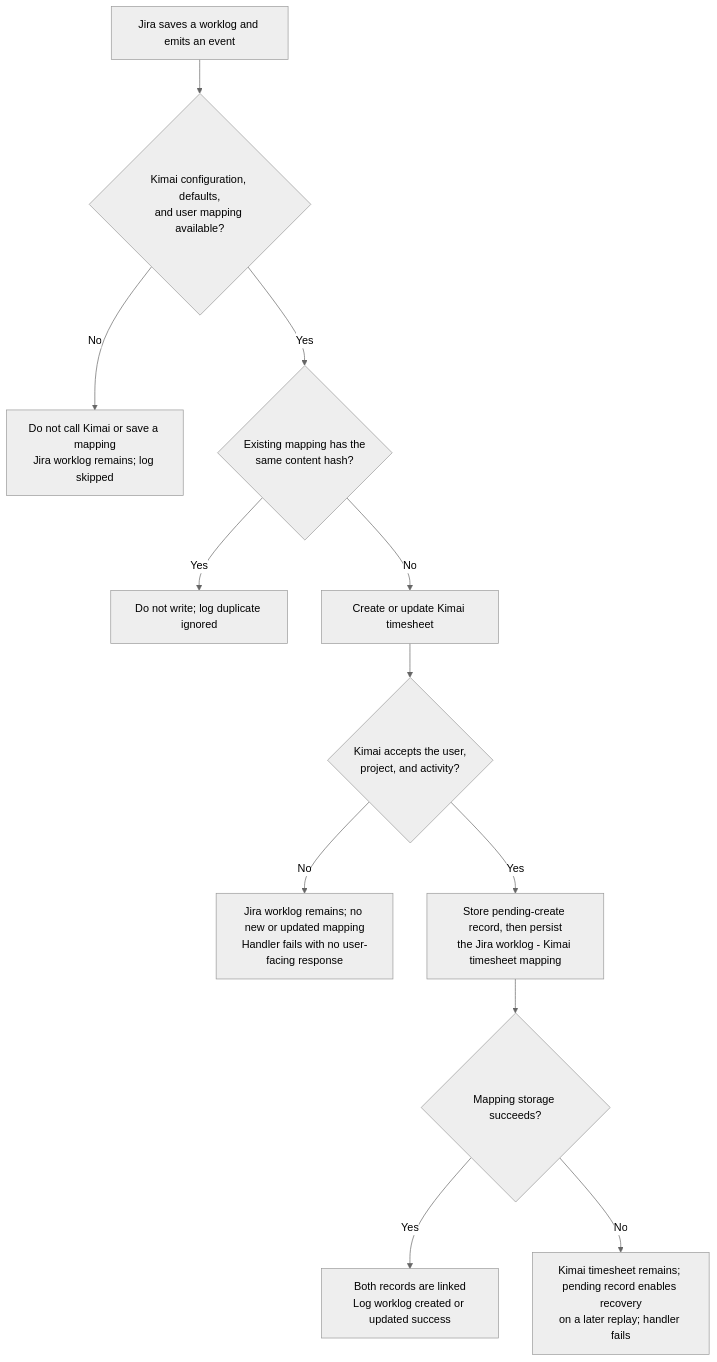
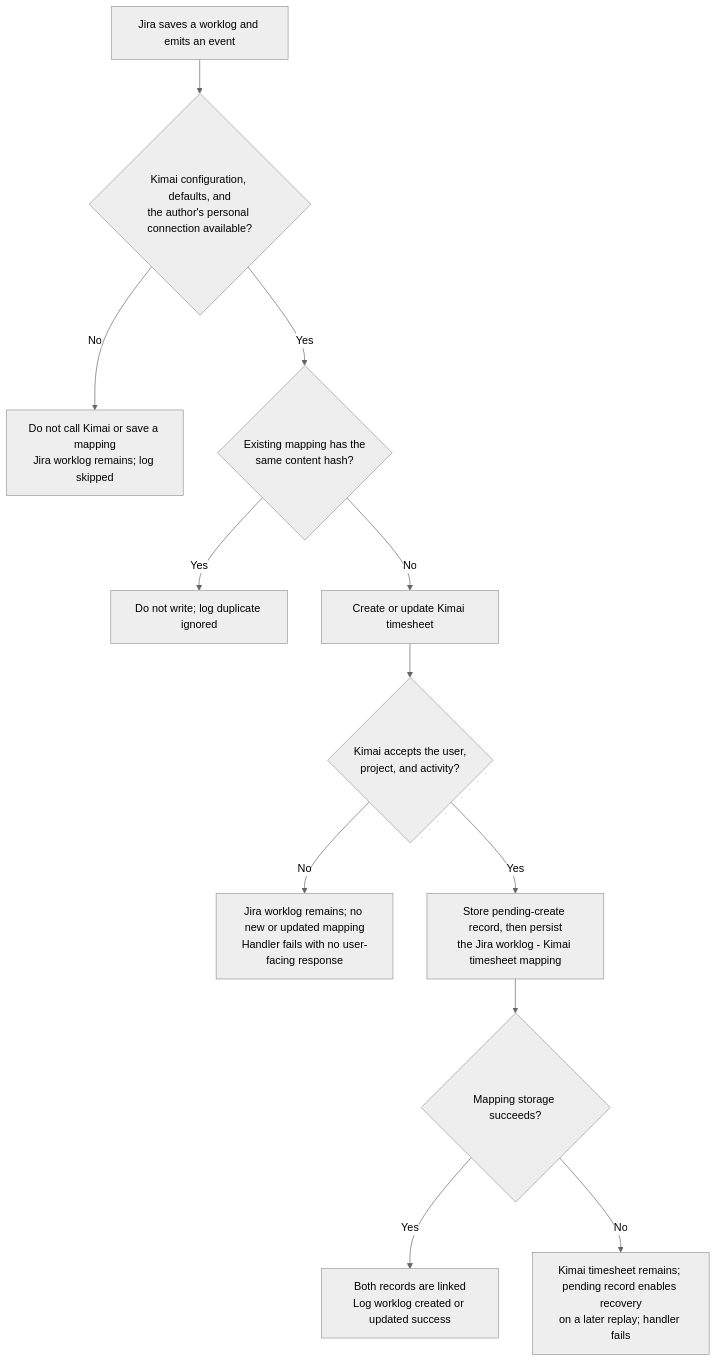
The fourth of 5 diagrams in docs/architecture.md (jacksonpradolima/kimai-jira), drawn with Mermaid (neutral theme) before and after one commit. The commit also changed other lines of this file and 39 other files, not shown here.

First line of the commit message:
feat: add personal Kimai time tracking

````diff
--- a/docs/architecture.md
+++ b/docs/architecture.md
@@ -75,14 +86,14 @@
 ```mermaid
 flowchart TD
-  jiraEvent["Jira saves a worklog and emits an event"] --> prerequisites{"Kimai configuration, defaults,<br/>and user mapping available?"}
+  jiraEvent["Jira saves a worklog and emits an event"] --> prerequisites{"Kimai configuration, defaults, and<br/>the author's personal connection available?"}
   prerequisites -- No --> skipped["Do not call Kimai or save a mapping<br/>Jira worklog remains; log skipped"]
   prerequisites -- Yes --> duplicate{"Existing mapping has the<br/>same content hash?"}
   duplicate -- Yes --> ignored["Do not write; log duplicate ignored"]
   duplicate -- No --> writeKimai["Create or update Kimai timesheet"]
   writeKimai --> kimaiAccepted{"Kimai accepts the user,<br/>project, and activity?"}
   kimaiAccepted -- No --> kimaiFailure["Jira worklog remains; no new or updated mapping<br/>Handler fails with no user-facing response"]
   kimaiAccepted -- Yes --> saveKimaiMapping["Store pending-create record, then persist<br/>the Jira worklog - Kimai timesheet mapping"]
   saveKimaiMapping --> kimaiMappingSaved{"Mapping storage succeeds?"}
   kimaiMappingSaved -- Yes --> jiraSuccess["Both records are linked<br/>Log worklog created or updated success"]
   kimaiMappingSaved -- No --> kimaiRecovery["Kimai timesheet remains; pending record enables recovery<br/>on a later replay; handler fails"]
 ```
````
